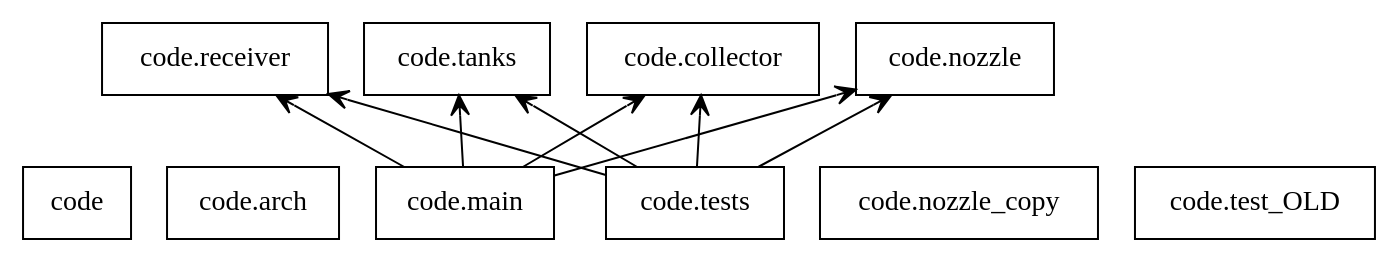
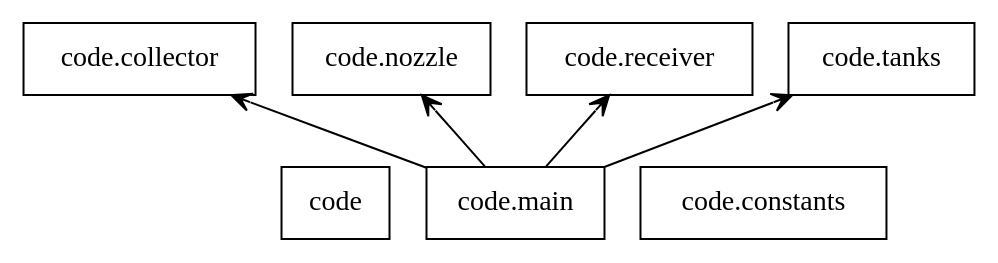
Before and after one commit to avatarjasper/SolarThermalPropulsion: the diagram in packages.dot, drawn with Graphviz. The commit also changed 28 other files, not shown here.

```diff
--- a/packages.dot
+++ b/packages.dot
@@ -1,22 +1,15 @@
 digraph "packages" {
 rankdir=BT
 charset="utf-8"
 "code" [color="black", label=<code>, shape="box", style="solid"];
-"code.arch" [color="black", label=<code.arch>, shape="box", style="solid"];
 "code.collector" [color="black", label=<code.collector>, shape="box", style="solid"];
+"code.constants" [color="black", label=<code.constants>, shape="box", style="solid"];
 "code.main" [color="black", label=<code.main>, shape="box", style="solid"];
 "code.nozzle" [color="black", label=<code.nozzle>, shape="box", style="solid"];
-"code.nozzle_copy" [color="black", label=<code.nozzle_copy>, shape="box", style="solid"];
 "code.receiver" [color="black", label=<code.receiver>, shape="box", style="solid"];
 "code.tanks" [color="black", label=<code.tanks>, shape="box", style="solid"];
-"code.test_OLD" [color="black", label=<code.test_OLD>, shape="box", style="solid"];
-"code.tests" [color="black", label=<code.tests>, shape="box", style="solid"];
 "code.main" -> "code.collector" [arrowhead="open", arrowtail="none"];
 "code.main" -> "code.nozzle" [arrowhead="open", arrowtail="none"];
 "code.main" -> "code.receiver" [arrowhead="open", arrowtail="none"];
 "code.main" -> "code.tanks" [arrowhead="open", arrowtail="none"];
-"code.tests" -> "code.collector" [arrowhead="open", arrowtail="none"];
-"code.tests" -> "code.nozzle" [arrowhead="open", arrowtail="none"];
-"code.tests" -> "code.receiver" [arrowhead="open", arrowtail="none"];
-"code.tests" -> "code.tanks" [arrowhead="open", arrowtail="none"];
 }
```
